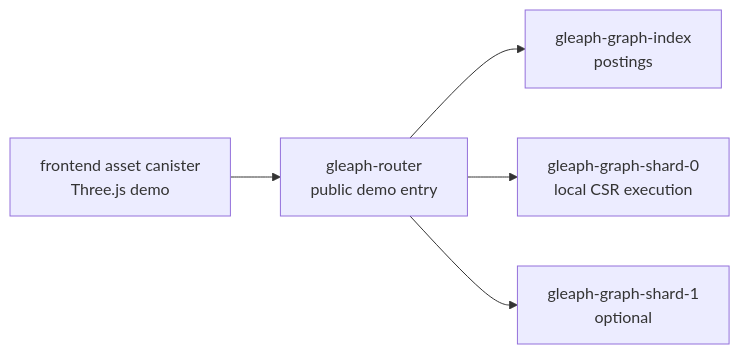
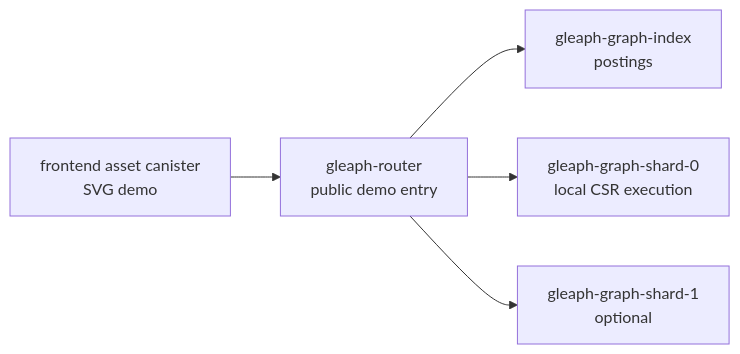
Before and after one commit to perforate-org/gleaph: the first of 2 diagrams in design/demo/knowledge-map.md, drawn with Mermaid. The commit also changed other lines of this file and 1 other file, not shown here.

First line of the commit message:
docs(demo): sync knowledge-map design with partial implementation

````diff
--- a/design/demo/knowledge-map.md
+++ b/design/demo/knowledge-map.md
@@ -59,7 +72,7 @@
 ```mermaid
 flowchart LR
-    F["frontend asset canister<br/>Three.js demo"] --> R["gleaph-router<br/>public demo entry"]
+    F["frontend asset canister<br/>SVG demo"] --> R["gleaph-router<br/>public demo entry"]
     R --> I["gleaph-graph-index<br/>postings"]
     R --> G0["gleaph-graph-shard-0<br/>local CSR execution"]
     R --> G1["gleaph-graph-shard-1<br/>optional"]
 ```
````
